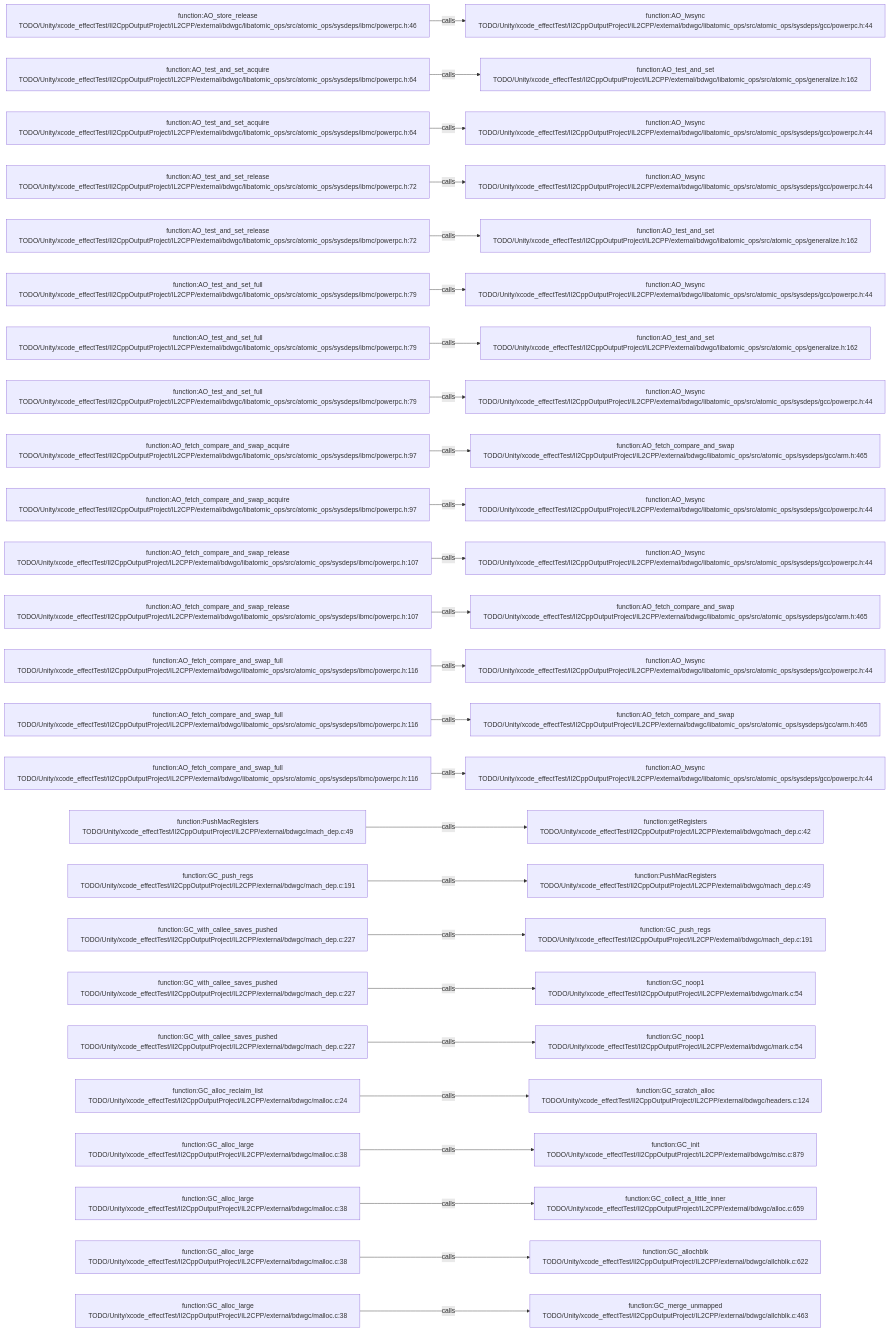
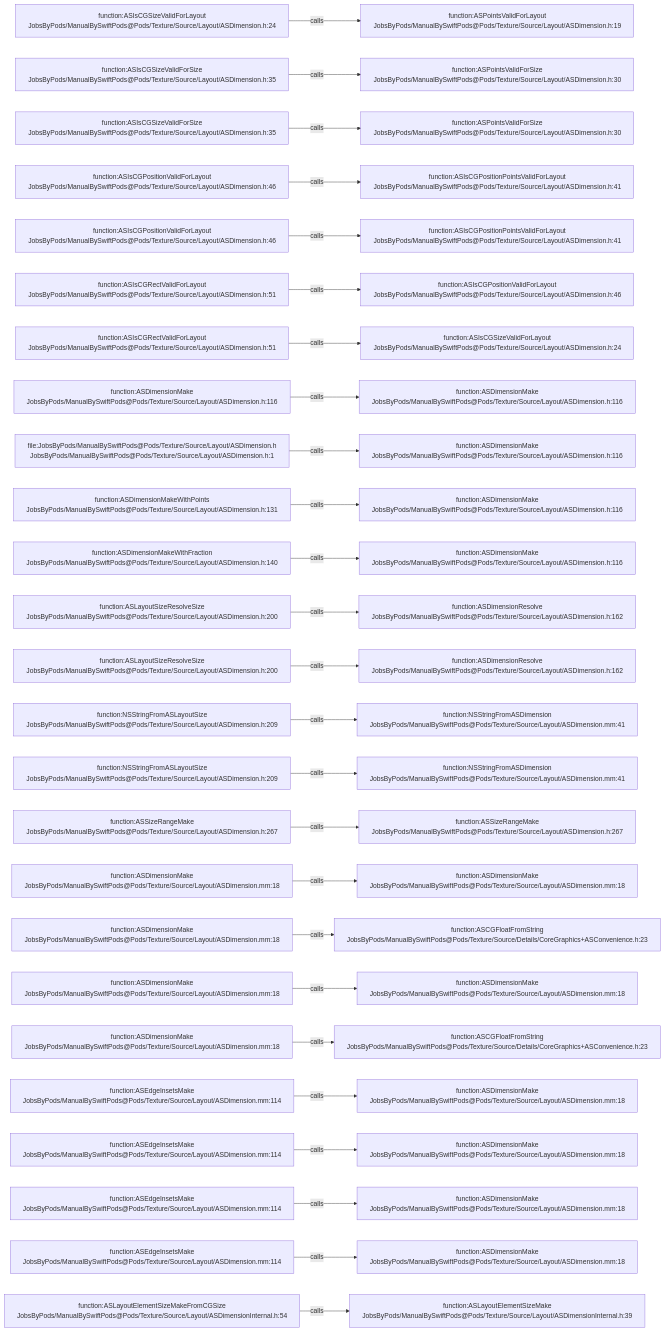
Before and after one commit to JobsKits/JobsSwiftBaseConfigDemo: the diagram in .codegraph/codegraph.md/graphs/calls-125.md, drawn with Mermaid. The commit also changed 2959 other files, not shown here.

````diff
--- a/.codegraph/codegraph.md/graphs/calls-125.md
+++ b/.codegraph/codegraph.md/graphs/calls-125.md
@@ -13,78 +13,78 @@
 ```mermaid
 flowchart LR
-  S1["function:AO_store_release<br/>TODO/Unity/xcode_effectTest/Il2CppOutputProject/IL2CPP/external/bdwgc/libatomic_ops/src/atomic_ops/sysdeps/ibmc/powerpc.h:46"]
-  T1["function:AO_lwsync<br/>TODO/Unity/xcode_effectTest/Il2CppOutputProject/IL2CPP/external/bdwgc/libatomic_ops/src/atomic_ops/sysdeps/gcc/powerpc.h:44"]
+  S1["function:ASIsCGSizeValidForLayout<br/>JobsByPods/ManualBySwiftPods@Pods/Texture/Source/Layout/ASDimension.h:24"]
+  T1["function:ASPointsValidForLayout<br/>JobsByPods/ManualBySwiftPods@Pods/Texture/Source/Layout/ASDimension.h:19"]
   S1 -->|calls| T1
-  S2["function:AO_test_and_set_acquire<br/>TODO/Unity/xcode_effectTest/Il2CppOutputProject/IL2CPP/external/bdwgc/libatomic_ops/src/atomic_ops/sysdeps/ibmc/powerpc.h:64"]
-  T2["function:AO_test_and_set<br/>TODO/Unity/xcode_effectTest/Il2CppOutputProject/IL2CPP/external/bdwgc/libatomic_ops/src/atomic_ops/generalize.h:162"]
+  S2["function:ASIsCGSizeValidForSize<br/>JobsByPods/ManualBySwiftPods@Pods/Texture/Source/Layout/ASDimension.h:35"]
+  T2["function:ASPointsValidForSize<br/>JobsByPods/ManualBySwiftPods@Pods/Texture/Source/Layout/ASDimension.h:30"]
   S2 -->|calls| T2
-  S3["function:AO_test_and_set_acquire<br/>TODO/Unity/xcode_effectTest/Il2CppOutputProject/IL2CPP/external/bdwgc/libatomic_ops/src/atomic_ops/sysdeps/ibmc/powerpc.h:64"]
-  T3["function:AO_lwsync<br/>TODO/Unity/xcode_effectTest/Il2CppOutputProject/IL2CPP/external/bdwgc/libatomic_ops/src/atomic_ops/sysdeps/gcc/powerpc.h:44"]
+  S3["function:ASIsCGSizeValidForSize<br/>JobsByPods/ManualBySwiftPods@Pods/Texture/Source/Layout/ASDimension.h:35"]
+  T3["function:ASPointsValidForSize<br/>JobsByPods/ManualBySwiftPods@Pods/Texture/Source/Layout/ASDimension.h:30"]
   S3 -->|calls| T3
-  S4["function:AO_test_and_set_release<br/>TODO/Unity/xcode_effectTest/Il2CppOutputProject/IL2CPP/external/bdwgc/libatomic_ops/src/atomic_ops/sysdeps/ibmc/powerpc.h:72"]
-  T4["function:AO_lwsync<br/>TODO/Unity/xcode_effectTest/Il2CppOutputProject/IL2CPP/external/bdwgc/libatomic_ops/src/atomic_ops/sysdeps/gcc/powerpc.h:44"]
+  S4["function:ASIsCGPositionValidForLayout<br/>JobsByPods/ManualBySwiftPods@Pods/Texture/Source/Layout/ASDimension.h:46"]
+  T4["function:ASIsCGPositionPointsValidForLayout<br/>JobsByPods/ManualBySwiftPods@Pods/Texture/Source/Layout/ASDimension.h:41"]
   S4 -->|calls| T4
-  S5["function:AO_test_and_set_release<br/>TODO/Unity/xcode_effectTest/Il2CppOutputProject/IL2CPP/external/bdwgc/libatomic_ops/src/atomic_ops/sysdeps/ibmc/powerpc.h:72"]
-  T5["function:AO_test_and_set<br/>TODO/Unity/xcode_effectTest/Il2CppOutputProject/IL2CPP/external/bdwgc/libatomic_ops/src/atomic_ops/generalize.h:162"]
+  S5["function:ASIsCGPositionValidForLayout<br/>JobsByPods/ManualBySwiftPods@Pods/Texture/Source/Layout/ASDimension.h:46"]
+  T5["function:ASIsCGPositionPointsValidForLayout<br/>JobsByPods/ManualBySwiftPods@Pods/Texture/Source/Layout/ASDimension.h:41"]
   S5 -->|calls| T5
-  S6["function:AO_test_and_set_full<br/>TODO/Unity/xcode_effectTest/Il2CppOutputProject/IL2CPP/external/bdwgc/libatomic_ops/src/atomic_ops/sysdeps/ibmc/powerpc.h:79"]
-  T6["function:AO_lwsync<br/>TODO/Unity/xcode_effectTest/Il2CppOutputProject/IL2CPP/external/bdwgc/libatomic_ops/src/atomic_ops/sysdeps/gcc/powerpc.h:44"]
+  S6["function:ASIsCGRectValidForLayout<br/>JobsByPods/ManualBySwiftPods@Pods/Texture/Source/Layout/ASDimension.h:51"]
+  T6["function:ASIsCGPositionValidForLayout<br/>JobsByPods/ManualBySwiftPods@Pods/Texture/Source/Layout/ASDimension.h:46"]
   S6 -->|calls| T6
-  S7["function:AO_test_and_set_full<br/>TODO/Unity/xcode_effectTest/Il2CppOutputProject/IL2CPP/external/bdwgc/libatomic_ops/src/atomic_ops/sysdeps/ibmc/powerpc.h:79"]
-  T7["function:AO_test_and_set<br/>TODO/Unity/xcode_effectTest/Il2CppOutputProject/IL2CPP/external/bdwgc/libatomic_ops/src/atomic_ops/generalize.h:162"]
+  S7["function:ASIsCGRectValidForLayout<br/>JobsByPods/ManualBySwiftPods@Pods/Texture/Source/Layout/ASDimension.h:51"]
+  T7["function:ASIsCGSizeValidForLayout<br/>JobsByPods/ManualBySwiftPods@Pods/Texture/Source/Layout/ASDimension.h:24"]
   S7 -->|calls| T7
-  S8["function:AO_test_and_set_full<br/>TODO/Unity/xcode_effectTest/Il2CppOutputProject/IL2CPP/external/bdwgc/libatomic_ops/src/atomic_ops/sysdeps/ibmc/powerpc.h:79"]
-  T8["function:AO_lwsync<br/>TODO/Unity/xcode_effectTest/Il2CppOutputProject/IL2CPP/external/bdwgc/libatomic_ops/src/atomic_ops/sysdeps/gcc/powerpc.h:44"]
+  S8["function:ASDimensionMake<br/>JobsByPods/ManualBySwiftPods@Pods/Texture/Source/Layout/ASDimension.h:116"]
+  T8["function:ASDimensionMake<br/>JobsByPods/ManualBySwiftPods@Pods/Texture/Source/Layout/ASDimension.h:116"]
   S8 -->|calls| T8
-  S9["function:AO_fetch_compare_and_swap_acquire<br/>TODO/Unity/xcode_effectTest/Il2CppOutputProject/IL2CPP/external/bdwgc/libatomic_ops/src/atomic_ops/sysdeps/ibmc/powerpc.h:97"]
-  T9["function:AO_fetch_compare_and_swap<br/>TODO/Unity/xcode_effectTest/Il2CppOutputProject/IL2CPP/external/bdwgc/libatomic_ops/src/atomic_ops/sysdeps/gcc/arm.h:465"]
+  S9["file:JobsByPods/ManualBySwiftPods@Pods/Texture/Source/Layout/ASDimension.h<br/>JobsByPods/ManualBySwiftPods@Pods/Texture/Source/Layout/ASDimension.h:1"]
+  T9["function:ASDimensionMake<br/>JobsByPods/ManualBySwiftPods@Pods/Texture/Source/Layout/ASDimension.h:116"]
   S9 -->|calls| T9
-  S10["function:AO_fetch_compare_and_swap_acquire<br/>TODO/Unity/xcode_effectTest/Il2CppOutputProject/IL2CPP/external/bdwgc/libatomic_ops/src/atomic_ops/sysdeps/ibmc/powerpc.h:97"]
-  T10["function:AO_lwsync<br/>TODO/Unity/xcode_effectTest/Il2CppOutputProject/IL2CPP/external/bdwgc/libatomic_ops/src/atomic_ops/sysdeps/gcc/powerpc.h:44"]
+  S10["function:ASDimensionMakeWithPoints<br/>JobsByPods/ManualBySwiftPods@Pods/Texture/Source/Layout/ASDimension.h:131"]
+  T10["function:ASDimensionMake<br/>JobsByPods/ManualBySwiftPods@Pods/Texture/Source/Layout/ASDimension.h:116"]
   S10 -->|calls| T10
-  S11["function:AO_fetch_compare_and_swap_release<br/>TODO/Unity/xcode_effectTest/Il2CppOutputProject/IL2CPP/external/bdwgc/libatomic_ops/src/atomic_ops/sysdeps/ibmc/powerpc.h:107"]
-  T11["function:AO_lwsync<br/>TODO/Unity/xcode_effectTest/Il2CppOutputProject/IL2CPP/external/bdwgc/libatomic_ops/src/atomic_ops/sysdeps/gcc/powerpc.h:44"]
+  S11["function:ASDimensionMakeWithFraction<br/>JobsByPods/ManualBySwiftPods@Pods/Texture/Source/Layout/ASDimension.h:140"]
+  T11["function:ASDimensionMake<br/>JobsByPods/ManualBySwiftPods@Pods/Texture/Source/Layout/ASDimension.h:116"]
   S11 -->|calls| T11
-  S12["function:AO_fetch_compare_and_swap_release<br/>TODO/Unity/xcode_effectTest/Il2CppOutputProject/IL2CPP/external/bdwgc/libatomic_ops/src/atomic_ops/sysdeps/ibmc/powerpc.h:107"]
-  T12["function:AO_fetch_compare_and_swap<br/>TODO/Unity/xcode_effectTest/Il2CppOutputProject/IL2CPP/external/bdwgc/libatomic_ops/src/atomic_ops/sysdeps/gcc/arm.h:465"]
+  S12["function:ASLayoutSizeResolveSize<br/>JobsByPods/ManualBySwiftPods@Pods/Texture/Source/Layout/ASDimension.h:200"]
+  T12["function:ASDimensionResolve<br/>JobsByPods/ManualBySwiftPods@Pods/Texture/Source/Layout/ASDimension.h:162"]
   S12 -->|calls| T12
-  S13["function:AO_fetch_compare_and_swap_full<br/>TODO/Unity/xcode_effectTest/Il2CppOutputProject/IL2CPP/external/bdwgc/libatomic_ops/src/atomic_ops/sysdeps/ibmc/powerpc.h:116"]
-  T13["function:AO_lwsync<br/>TODO/Unity/xcode_effectTest/Il2CppOutputProject/IL2CPP/external/bdwgc/libatomic_ops/src/atomic_ops/sysdeps/gcc/powerpc.h:44"]
+  S13["function:ASLayoutSizeResolveSize<br/>JobsByPods/ManualBySwiftPods@Pods/Texture/Source/Layout/ASDimension.h:200"]
+  T13["function:ASDimensionResolve<br/>JobsByPods/ManualBySwiftPods@Pods/Texture/Source/Layout/ASDimension.h:162"]
   S13 -->|calls| T13
-  S14["function:AO_fetch_compare_and_swap_full<br/>TODO/Unity/xcode_effectTest/Il2CppOutputProject/IL2CPP/external/bdwgc/libatomic_ops/src/atomic_ops/sysdeps/ibmc/powerpc.h:116"]
-  T14["function:AO_fetch_compare_and_swap<br/>TODO/Unity/xcode_effectTest/Il2CppOutputProject/IL2CPP/external/bdwgc/libatomic_ops/src/atomic_ops/sysdeps/gcc/arm.h:465"]
+  S14["function:NSStringFromASLayoutSize<br/>JobsByPods/ManualBySwiftPods@Pods/Texture/Source/Layout/ASDimension.h:209"]
+  T14["function:NSStringFromASDimension<br/>JobsByPods/ManualBySwiftPods@Pods/Texture/Source/Layout/ASDimension.mm:41"]
   S14 -->|calls| T14
-  S15["function:AO_fetch_compare_and_swap_full<br/>TODO/Unity/xcode_effectTest/Il2CppOutputProject/IL2CPP/external/bdwgc/libatomic_ops/src/atomic_ops/sysdeps/ibmc/powerpc.h:116"]
-  T15["function:AO_lwsync<br/>TODO/Unity/xcode_effectTest/Il2CppOutputProject/IL2CPP/external/bdwgc/libatomic_ops/src/atomic_ops/sysdeps/gcc/powerpc.h:44"]
+  S15["function:NSStringFromASLayoutSize<br/>JobsByPods/ManualBySwiftPods@Pods/Texture/Source/Layout/ASDimension.h:209"]
+  T15["function:NSStringFromASDimension<br/>JobsByPods/ManualBySwiftPods@Pods/Texture/Source/Layout/ASDimension.mm:41"]
   S15 -->|calls| T15
-  S16["function:PushMacRegisters<br/>TODO/Unity/xcode_effectTest/Il2CppOutputProject/IL2CPP/external/bdwgc/mach_dep.c:49"]
-  T16["function:getRegisters<br/>TODO/Unity/xcode_effectTest/Il2CppOutputProject/IL2CPP/external/bdwgc/mach_dep.c:42"]
+  S16["function:ASSizeRangeMake<br/>JobsByPods/ManualBySwiftPods@Pods/Texture/Source/Layout/ASDimension.h:267"]
+  T16["function:ASSizeRangeMake<br/>JobsByPods/ManualBySwiftPods@Pods/Texture/Source/Layout/ASDimension.h:267"]
   S16 -->|calls| T16
-  S17["function:GC_push_regs<br/>TODO/Unity/xcode_effectTest/Il2CppOutputProject/IL2CPP/external/bdwgc/mach_dep.c:191"]
-  T17["function:PushMacRegisters<br/>TODO/Unity/xcode_effectTest/Il2CppOutputProject/IL2CPP/external/bdwgc/mach_dep.c:49"]
+  S17["function:ASDimensionMake<br/>JobsByPods/ManualBySwiftPods@Pods/Texture/Source/Layout/ASDimension.mm:18"]
+  T17["function:ASDimensionMake<br/>JobsByPods/ManualBySwiftPods@Pods/Texture/Source/Layout/ASDimension.mm:18"]
   S17 -->|calls| T17
-  S18["function:GC_with_callee_saves_pushed<br/>TODO/Unity/xcode_effectTest/Il2CppOutputProject/IL2CPP/external/bdwgc/mach_dep.c:227"]
-  T18["function:GC_push_regs<br/>TODO/Unity/xcode_effectTest/Il2CppOutputProject/IL2CPP/external/bdwgc/mach_dep.c:191"]
+  S18["function:ASDimensionMake<br/>JobsByPods/ManualBySwiftPods@Pods/Texture/Source/Layout/ASDimension.mm:18"]
+  T18["function:ASCGFloatFromString<br/>JobsByPods/ManualBySwiftPods@Pods/Texture/Source/Details/CoreGraphics+ASConvenience.h:23"]
   S18 -->|calls| T18
-  S19["function:GC_with_callee_saves_pushed<br/>TODO/Unity/xcode_effectTest/Il2CppOutputProject/IL2CPP/external/bdwgc/mach_dep.c:227"]
-  T19["function:GC_noop1<br/>TODO/Unity/xcode_effectTest/Il2CppOutputProject/IL2CPP/external/bdwgc/mark.c:54"]
+  S19["function:ASDimensionMake<br/>JobsByPods/ManualBySwiftPods@Pods/Texture/Source/Layout/ASDimension.mm:18"]
+  T19["function:ASDimensionMake<br/>JobsByPods/ManualBySwiftPods@Pods/Texture/Source/Layout/ASDimension.mm:18"]
   S19 -->|calls| T19
-  S20["function:GC_with_callee_saves_pushed<br/>TODO/Unity/xcode_effectTest/Il2CppOutputProject/IL2CPP/external/bdwgc/mach_dep.c:227"]
-  T20["function:GC_noop1<br/>TODO/Unity/xcode_effectTest/Il2CppOutputProject/IL2CPP/external/bdwgc/mark.c:54"]
+  S20["function:ASDimensionMake<br/>JobsByPods/ManualBySwiftPods@Pods/Texture/Source/Layout/ASDimension.mm:18"]
+  T20["function:ASCGFloatFromString<br/>JobsByPods/ManualBySwiftPods@Pods/Texture/Source/Details/CoreGraphics+ASConvenience.h:23"]
   S20 -->|calls| T20
-  S21["function:GC_alloc_reclaim_list<br/>TODO/Unity/xcode_effectTest/Il2CppOutputProject/IL2CPP/external/bdwgc/malloc.c:24"]
-  T21["function:GC_scratch_alloc<br/>TODO/Unity/xcode_effectTest/Il2CppOutputProject/IL2CPP/external/bdwgc/headers.c:124"]
+  S21["function:ASEdgeInsetsMake<br/>JobsByPods/ManualBySwiftPods@Pods/Texture/Source/Layout/ASDimension.mm:114"]
+  T21["function:ASDimensionMake<br/>JobsByPods/ManualBySwiftPods@Pods/Texture/Source/Layout/ASDimension.mm:18"]
   S21 -->|calls| T21
-  S22["function:GC_alloc_large<br/>TODO/Unity/xcode_effectTest/Il2CppOutputProject/IL2CPP/external/bdwgc/malloc.c:38"]
-  T22["function:GC_init<br/>TODO/Unity/xcode_effectTest/Il2CppOutputProject/IL2CPP/external/bdwgc/misc.c:879"]
+  S22["function:ASEdgeInsetsMake<br/>JobsByPods/ManualBySwiftPods@Pods/Texture/Source/Layout/ASDimension.mm:114"]
+  T22["function:ASDimensionMake<br/>JobsByPods/ManualBySwiftPods@Pods/Texture/Source/Layout/ASDimension.mm:18"]
   S22 -->|calls| T22
-  S23["function:GC_alloc_large<br/>TODO/Unity/xcode_effectTest/Il2CppOutputProject/IL2CPP/external/bdwgc/malloc.c:38"]
-  T23["function:GC_collect_a_little_inner<br/>TODO/Unity/xcode_effectTest/Il2CppOutputProject/IL2CPP/external/bdwgc/alloc.c:659"]
+  S23["function:ASEdgeInsetsMake<br/>JobsByPods/ManualBySwiftPods@Pods/Texture/Source/Layout/ASDimension.mm:114"]
+  T23["function:ASDimensionMake<br/>JobsByPods/ManualBySwiftPods@Pods/Texture/Source/Layout/ASDimension.mm:18"]
   S23 -->|calls| T23
-  S24["function:GC_alloc_large<br/>TODO/Unity/xcode_effectTest/Il2CppOutputProject/IL2CPP/external/bdwgc/malloc.c:38"]
-  T24["function:GC_allochblk<br/>TODO/Unity/xcode_effectTest/Il2CppOutputProject/IL2CPP/external/bdwgc/allchblk.c:622"]
+  S24["function:ASEdgeInsetsMake<br/>JobsByPods/ManualBySwiftPods@Pods/Texture/Source/Layout/ASDimension.mm:114"]
+  T24["function:ASDimensionMake<br/>JobsByPods/ManualBySwiftPods@Pods/Texture/Source/Layout/ASDimension.mm:18"]
   S24 -->|calls| T24
-  S25["function:GC_alloc_large<br/>TODO/Unity/xcode_effectTest/Il2CppOutputProject/IL2CPP/external/bdwgc/malloc.c:38"]
-  T25["function:GC_merge_unmapped<br/>TODO/Unity/xcode_effectTest/Il2CppOutputProject/IL2CPP/external/bdwgc/allchblk.c:463"]
+  S25["function:ASLayoutElementSizeMakeFromCGSize<br/>JobsByPods/ManualBySwiftPods@Pods/Texture/Source/Layout/ASDimensionInternal.h:54"]
+  T25["function:ASLayoutElementSizeMake<br/>JobsByPods/ManualBySwiftPods@Pods/Texture/Source/Layout/ASDimensionInternal.h:39"]
   S25 -->|calls| T25
 ```
````
